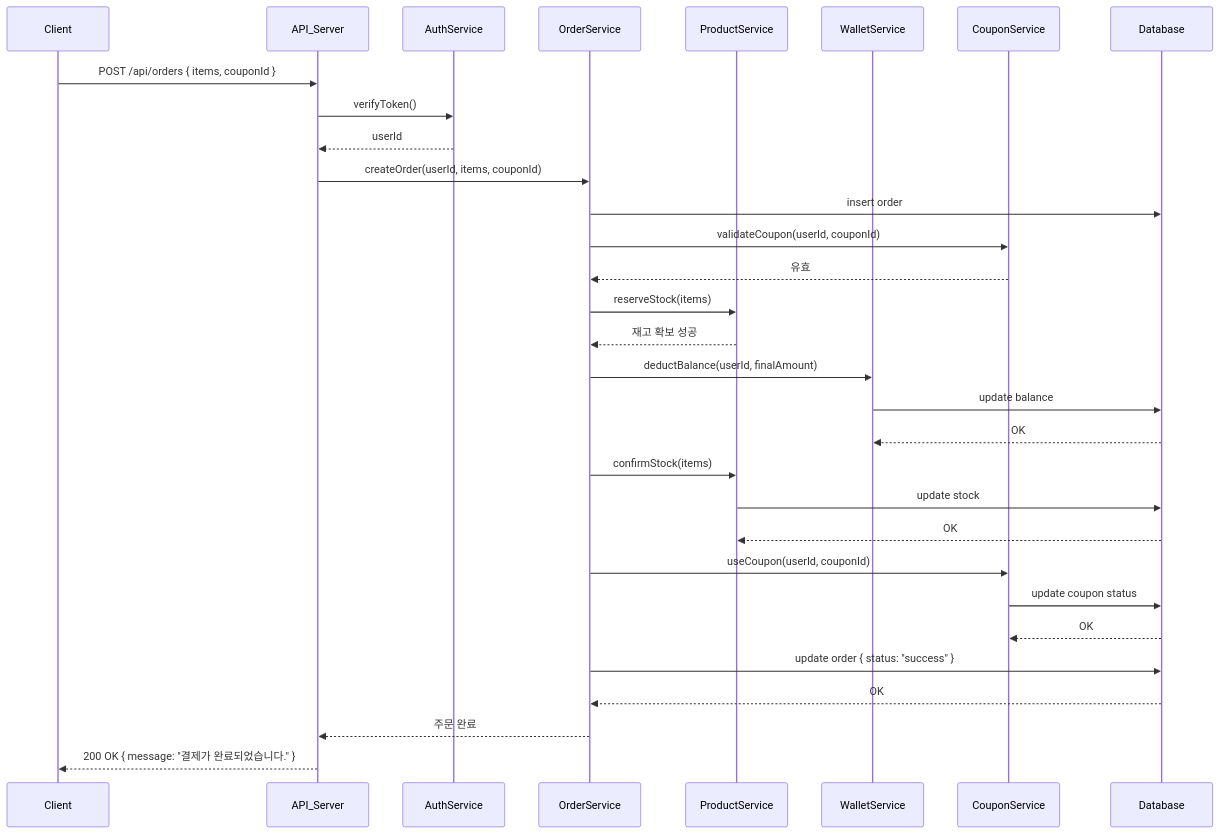
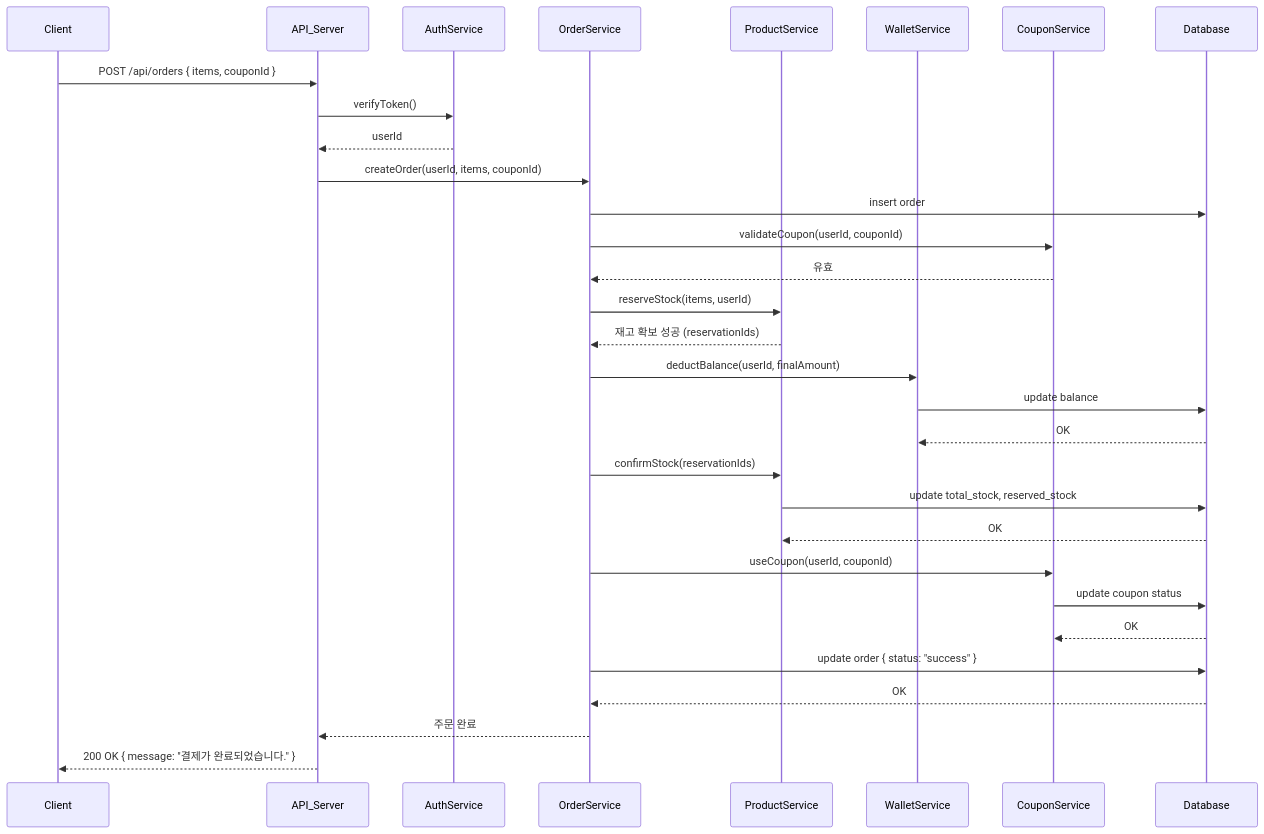
The first of 5 diagrams in docs/04-sequence-diagrams/04-order.md (seho0808/hh-9-be-2), drawn with Mermaid before and after one commit. The commit also changed other lines of this file and 2 other files, not shown here.

First line of the commit message:
docs: 재고 reserve/release 구현 문서화

````diff
--- a/docs/04-sequence-diagrams/04-order.md
+++ b/docs/04-sequence-diagrams/04-order.md
@@ -7,48 +7,48 @@
 ```mermaid
 sequenceDiagram
     participant Client
     participant API_Server
     participant AuthService
     participant OrderService
     participant ProductService
     participant WalletService
     participant CouponService
     participant Database
 
     Client->>API_Server: POST /api/orders { items, couponId }
     API_Server->>AuthService: verifyToken()
     AuthService-->>API_Server: userId
 
     API_Server->>OrderService: createOrder(userId, items, couponId)
     OrderService->>Database: insert order
 
     %% 쿠폰 유효성 검증
     OrderService->>CouponService: validateCoupon(userId, couponId)
     CouponService-->>OrderService: 유효
 
     %% 재고 확보
-    OrderService->>ProductService: reserveStock(items)
-    ProductService-->>OrderService: 재고 확보 성공
+    OrderService->>ProductService: reserveStock(items, userId)
+    ProductService-->>OrderService: 재고 확보 성공 (reservationIds)
 
     %% 잔액 확인 및 차감
     OrderService->>WalletService: deductBalance(userId, finalAmount)
     WalletService->>Database: update balance
     Database-->>WalletService: OK
 
     %% 재고 차감
-    OrderService->>ProductService: confirmStock(items)
-    ProductService->>Database: update stock
+    OrderService->>ProductService: confirmStock(reservationIds)
+    ProductService->>Database: update total_stock, reserved_stock
     Database-->>ProductService: OK
 
     %% 쿠폰 사용 처리
     OrderService->>CouponService: useCoupon(userId, couponId)
     CouponService->>Database: update coupon status
     Database-->>CouponService: OK
 
     %% 주문 정보 저장
     OrderService->>Database: update order { status: "success" }
     Database-->>OrderService: OK
 
     OrderService-->>API_Server: 주문 완료
     API_Server-->>Client: 200 OK { message: "결제가 완료되었습니다." }
 ```
````
